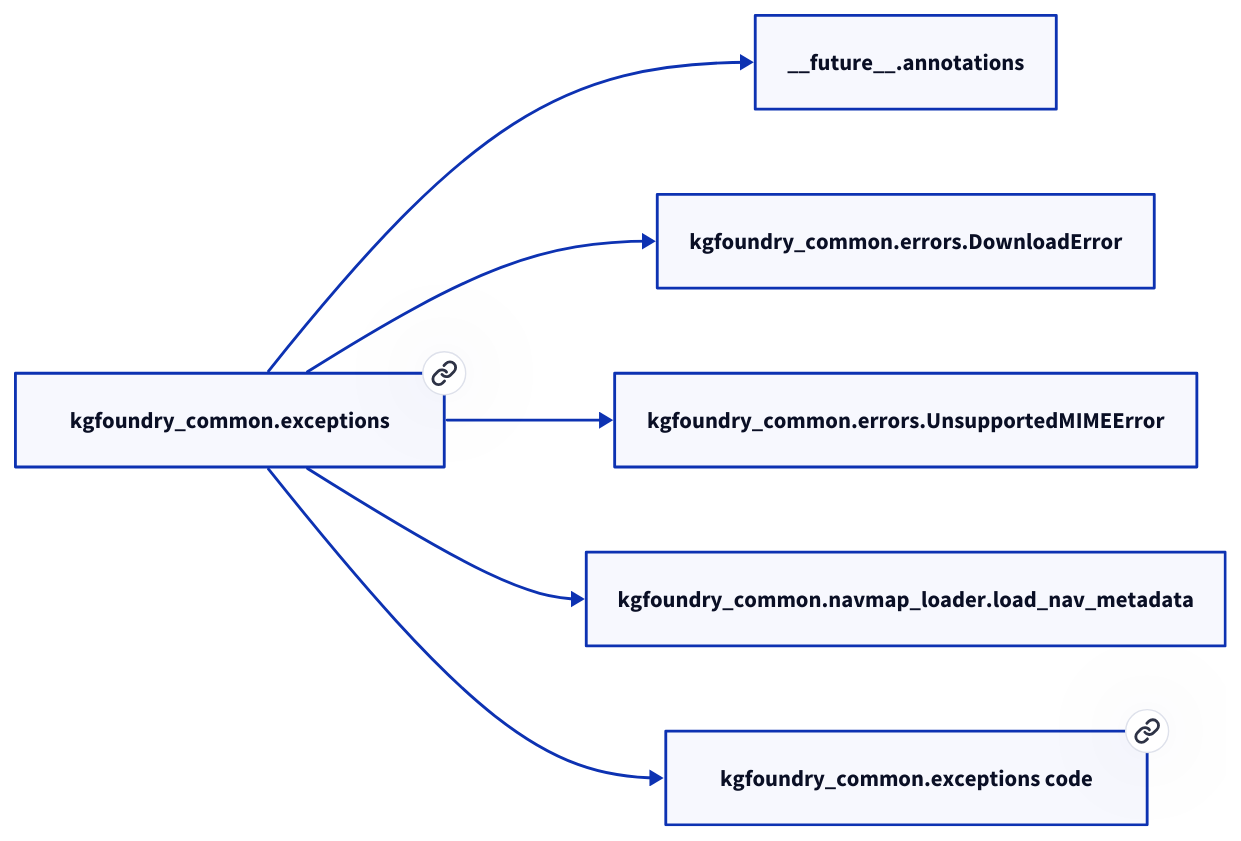
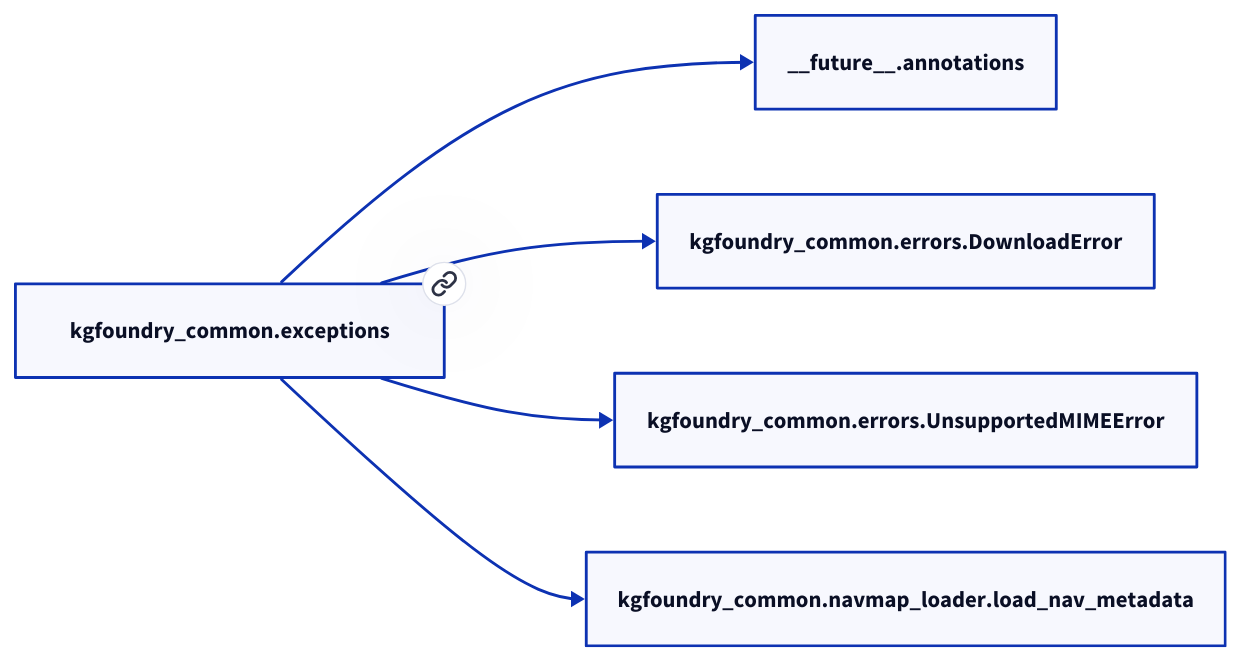
Before and after one commit to paul-heyse/kgforge: the diagram in docs/modules/kgfoundry_common/exceptions.md, drawn with D2. The commit also changed other lines of this file and 118 other files, not shown here.

````diff
--- a/docs/modules/kgfoundry_common/exceptions.md
+++ b/docs/modules/kgfoundry_common/exceptions.md
@@ -17,14 +15,12 @@
 ```d2
 direction: right
-"kgfoundry_common.exceptions": "kgfoundry_common.exceptions" { link: "./kgfoundry_common/exceptions.md" }
+"kgfoundry_common.exceptions": "kgfoundry_common.exceptions" { link: "exceptions.md" }
 "__future__.annotations": "__future__.annotations"
 "kgfoundry_common.exceptions" -> "__future__.annotations"
 "kgfoundry_common.errors.DownloadError": "kgfoundry_common.errors.DownloadError"
 "kgfoundry_common.exceptions" -> "kgfoundry_common.errors.DownloadError"
 "kgfoundry_common.errors.UnsupportedMIMEError": "kgfoundry_common.errors.UnsupportedMIMEError"
 "kgfoundry_common.exceptions" -> "kgfoundry_common.errors.UnsupportedMIMEError"
 "kgfoundry_common.navmap_loader.load_nav_metadata": "kgfoundry_common.navmap_loader.load_nav_metadata"
 "kgfoundry_common.exceptions" -> "kgfoundry_common.navmap_loader.load_nav_metadata"
-"kgfoundry_common.exceptions_code": "kgfoundry_common.exceptions code" { link: "https://github.com/kgfoundry/kgfoundry/blob/main/src/kgfoundry_common/exceptions.py" }
-"kgfoundry_common.exceptions" -> "kgfoundry_common.exceptions_code" { style: dashed }
 ```
````
